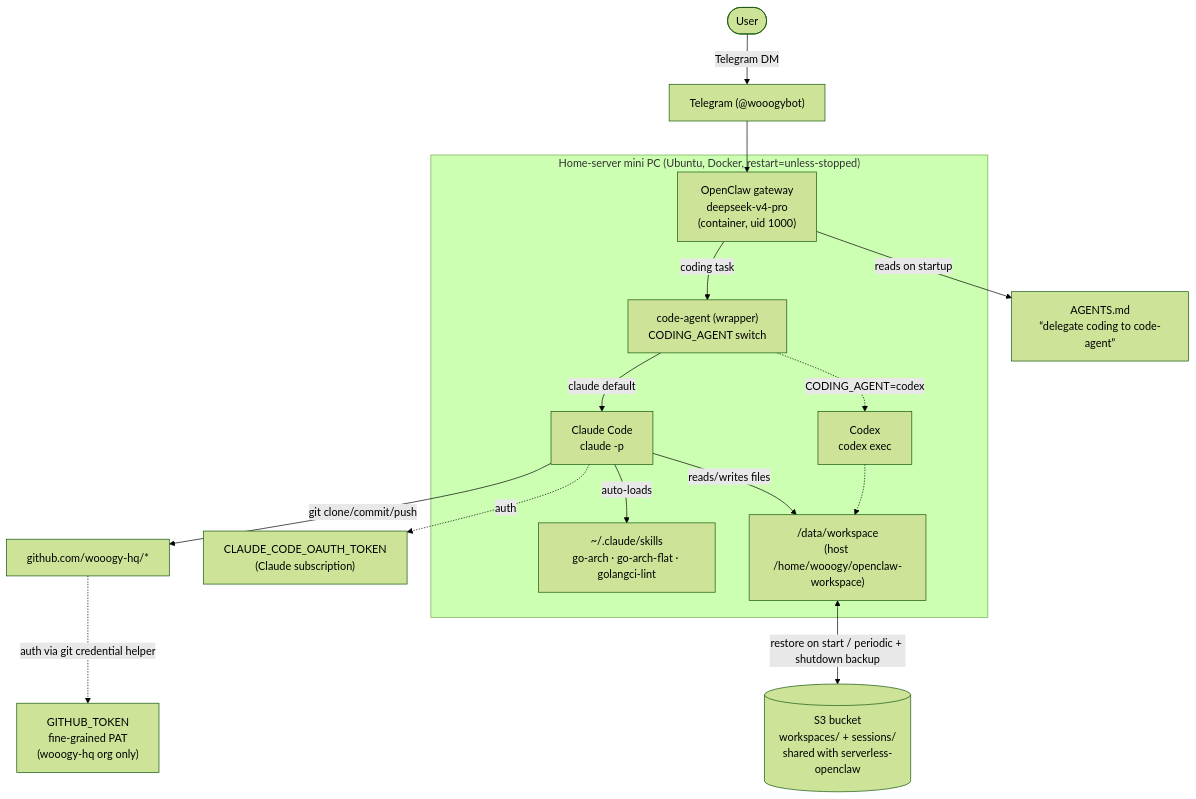
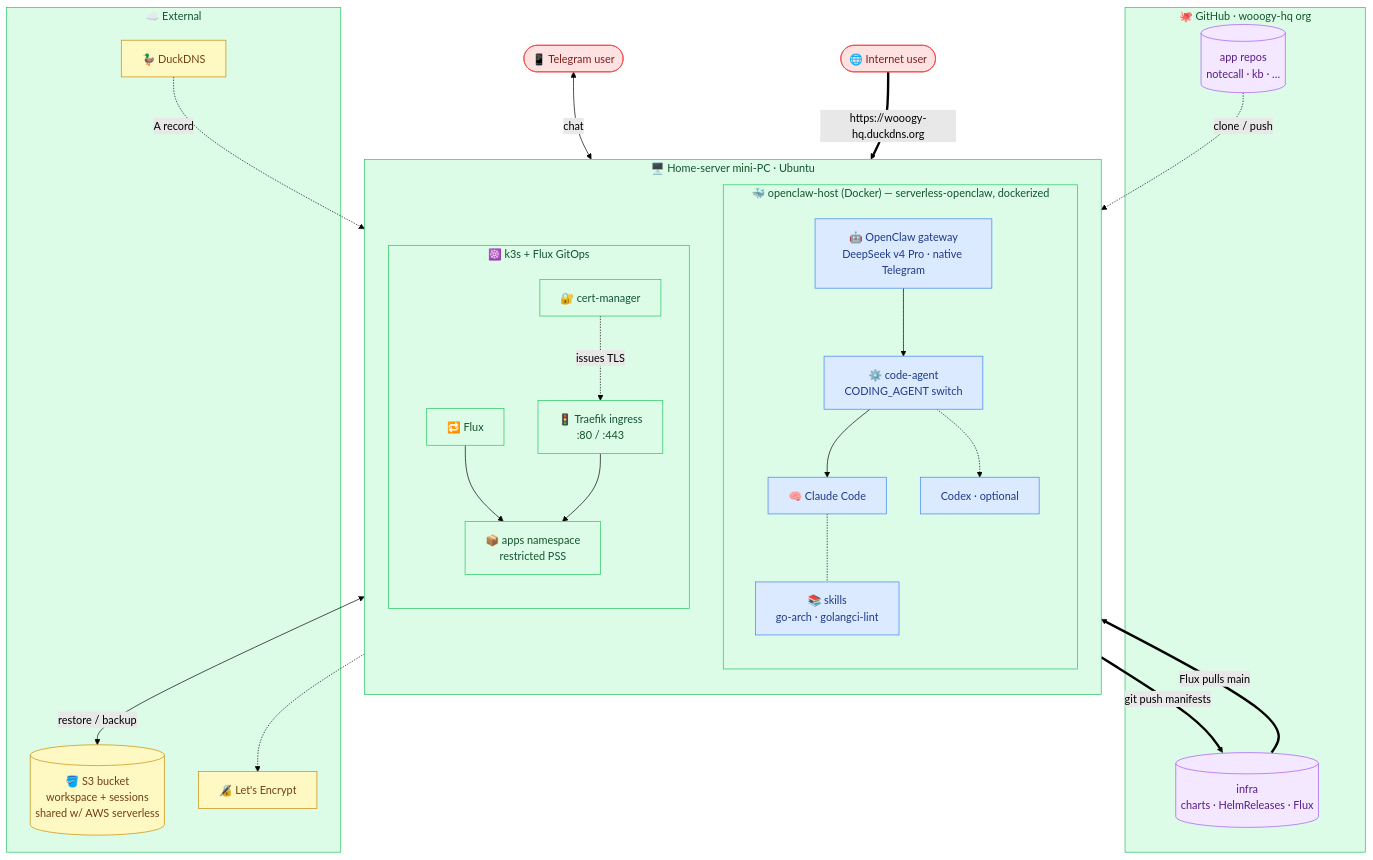
Before and after one commit to wooogy-hq/openclaw-host: the first of 2 diagrams in docs/integration.md, drawn with Mermaid (forest theme). The commit also changed other lines of this file, not shown here.

Commit message:
docs: redesign architecture diagram (agent + Claude Code + k3s/Flux GitOps)
Expanded docs/integration.md to the full home-server architecture: dockerized
OpenClaw + Claude Code coding agent + S3 single-source-of-truth, plus the k3s +
Flux GitOps platform (git push → Flux → deploy → public HTTPS). Restyled with
subgraphs, color classDefs, and emojis; added a numbered GitOps deploy-loop diagram.

````diff
--- a/docs/integration.md
+++ b/docs/integration.md
@@ -7,30 +13,58 @@
 ```mermaid
-flowchart TD
-    User([User]) -->|Telegram DM| TG["Telegram (@wooogybot)"]
-    TG --> OC["OpenClaw gateway<br/>deepseek-v4-pro<br/>(container, uid 1000)"]
+flowchart TB
+    TGU(["📱 Telegram user"]):::user
+    WEBU(["🌐 Internet user"]):::user
 
-    OC -->|reads on startup| AG["AGENTS.md<br/>“delegate coding to code-agent”"]
-    OC -->|coding task| CA["code-agent (wrapper)<br/>CODING_AGENT switch"]
+    subgraph HOST["🖥️ Home-server mini-PC · Ubuntu"]
+        direction TB
 
-    CA -->|claude default| CC["Claude Code<br/>claude -p"]
-    CA -.->|CODING_AGENT=codex| CX["Codex<br/>codex exec"]
+        subgraph DOCKER["🐳 openclaw-host (Docker) — serverless-openclaw, dockerized"]
+            direction TB
+            OC["🤖 OpenClaw gateway<br/>DeepSeek v4 Pro · native Telegram"]:::agent
+            CAG["⚙️ code-agent<br/>CODING_AGENT switch"]:::agent
+            CLA["🧠 Claude Code"]:::agent
+            COD["Codex · optional"]:::agent
+            SKL["📚 skills<br/>go-arch · golangci-lint"]:::agent
+            OC --> CAG --> CLA
+            CAG -.-> COD
+            CLA -.- SKL
+        end
 
-    CC -->|auto-loads| SK["~/.claude/skills<br/>go-arch · go-arch-flat · golangci-lint"]
-    CC -->|reads/writes files| WS["/data/workspace<br/>(host /home/wooogy/openclaw-workspace)"]
-    CX -.-> WS
+        subgraph K3S["☸️ k3s + Flux GitOps"]
+            direction TB
+            FLX["🔁 Flux"]:::cluster
+            CM["🔐 cert-manager"]:::cluster
+            TRF["🚦 Traefik ingress<br/>:80 / :443"]:::cluster
+            POD["📦 apps namespace<br/>restricted PSS"]:::cluster
+            FLX --> POD
+            CM -. issues TLS .-> TRF
+            TRF --> POD
+        end
+    end
 
-    WS <-->|restore on start / periodic + shutdown backup| S3[("S3 bucket<br/>workspaces/ + sessions/<br/>shared with serverless-openclaw")]
+    subgraph GH["🐙 GitHub · wooogy-hq org"]
+        INF[("infra<br/>charts · HelmReleases · Flux")]:::gh
+        REP[("app repos<br/>notecall · kb · …")]:::gh
+    end
 
-    CC -.->|auth| CT["CLAUDE_CODE_OAUTH_TOKEN<br/>(Claude subscription)"]
-    CC -->|git clone/commit/push| GH["github.com/wooogy-hq/*"]
-    GH -.->|auth via git credential helper| GT["GITHUB_TOKEN<br/>fine-grained PAT<br/>(wooogy-hq org only)"]
+    subgraph EXT["☁️ External"]
+        S3[("🪣 S3 bucket<br/>workspace + sessions<br/>shared w/ AWS serverless")]:::ext
+        LE["🔏 Let's Encrypt"]:::ext
+        DUK["🦆 DuckDNS"]:::ext
+    end
 
-    subgraph HomeServer["Home-server mini PC (Ubuntu, Docker, restart=unless-stopped)"]
-        OC
-        CA
-        CC
-        CX
-        SK
-        WS
-    end
+    TGU <-->|chat| OC
+    OC <-->|restore / backup| S3
+    REP -.->|clone / push| CLA
+    CLA ==>|git push manifests| INF
+    INF ==>|Flux pulls main| FLX
+    CM -.-> LE
+    DUK -.->|A record| TRF
+    WEBU ==>|"https://wooogy-hq.duckdns.org"| TRF
+
+    classDef user fill:#fee2e2,stroke:#ef4444,color:#7f1d1d;
+    classDef agent fill:#dbeafe,stroke:#3b82f6,color:#1e3a8a;
+    classDef cluster fill:#dcfce7,stroke:#22c55e,color:#14532d;
+    classDef gh fill:#f3e8ff,stroke:#a855f7,color:#581c87;
+    classDef ext fill:#fef9c3,stroke:#ca8a04,color:#713f12;
 ```
````
